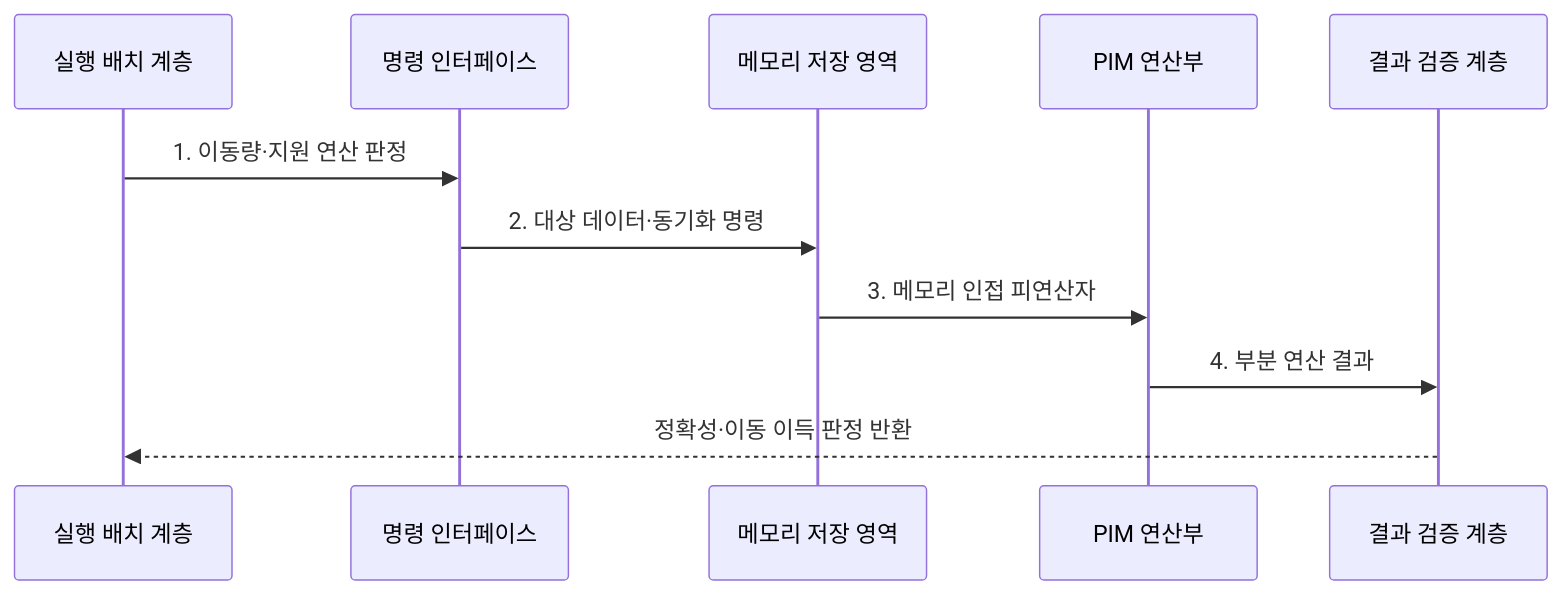
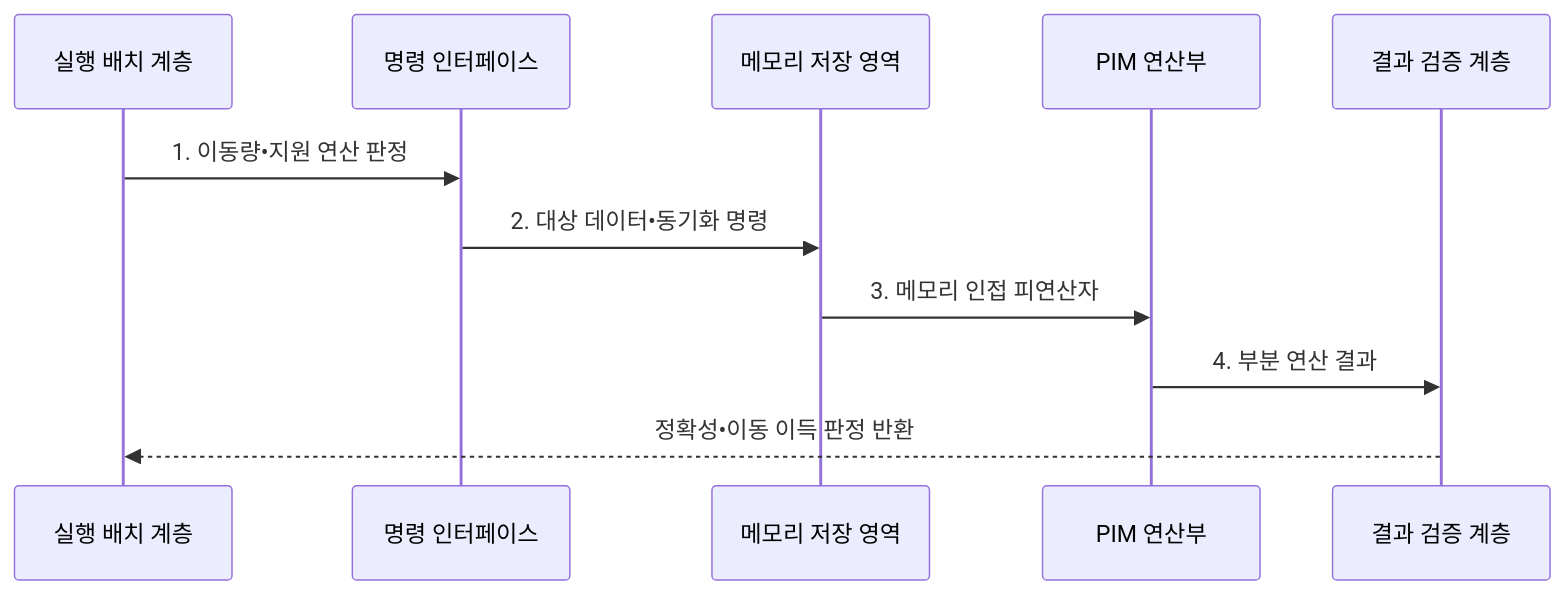
One commit to agnusdei1207/knowledge-base changed the second of 2 diagrams in src/content/docs/notes/08-latest-tech/146_pim.md. Above: the diagram before and after it, drawn with Mermaid. The commit also changed other lines of this file and 953 other files, not shown here.

````diff
--- a/src/content/docs/notes/08-latest-tech/146_pim.md
+++ b/src/content/docs/notes/08-latest-tech/146_pim.md
@@ -111,13 +111,13 @@
 ```mermaid
 sequenceDiagram
   participant P as 실행 배치 계층
   participant I as 명령 인터페이스
   participant M as 메모리 저장 영역
   participant C as PIM 연산부
   participant V as 결과 검증 계층
-  P->>I: 1. 이동량·지원 연산 판정
-  I->>M: 2. 대상 데이터·동기화 명령
+  P->>I: 1. 이동량•지원 연산 판정
+  I->>M: 2. 대상 데이터•동기화 명령
   M->>C: 3. 메모리 인접 피연산자
   C->>V: 4. 부분 연산 결과
-  V-->>P: 정확성·이동 이득 판정 반환
+  V-->>P: 정확성•이동 이득 판정 반환
 ```
````
